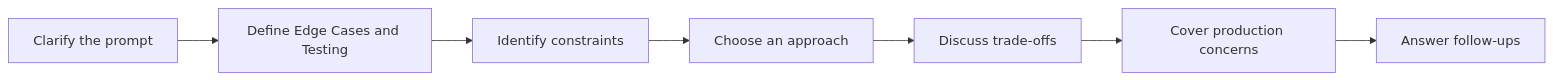
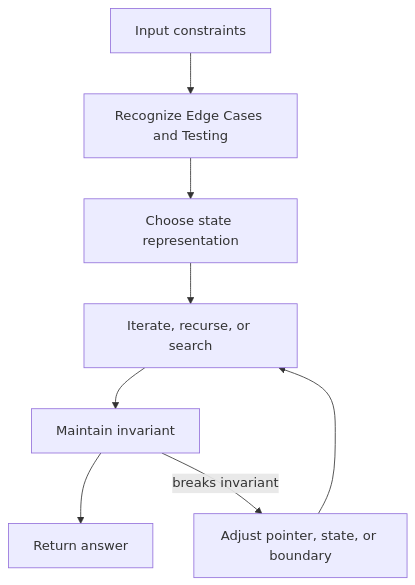
The diagram in coding-round/edge-cases-testing/index.md (abstractinterviews/abstractinterviews.github.io), drawn with Mermaid before and after one commit. The commit also changed other lines of this file and 278 other files, not shown here.

````diff
--- a/coding-round/edge-cases-testing/index.md
+++ b/coding-round/edge-cases-testing/index.md
@@ -123,9 +125,10 @@
-~~~mermaid
-flowchart LR
-    A["Clarify the prompt"] --> B["Define Edge Cases and Testing"]
-    B --> C["Identify constraints"]
-    C --> D["Choose an approach"]
-    D --> E["Discuss trade-offs"]
-    E --> F["Cover production concerns"]
-    F --> G["Answer follow-ups"]
-~~~
+```mermaid
+flowchart TD
+    Input["Input constraints"] --> Pattern["Recognize Edge Cases and Testing"]
+    Pattern --> State["Choose state representation"]
+    State --> Iterate["Iterate, recurse, or search"]
+    Iterate --> Check["Maintain invariant"]
+    Check --> Result["Return answer"]
+    Check -->|breaks invariant| Fix["Adjust pointer, state, or boundary"]
+    Fix --> Iterate
+```
````
